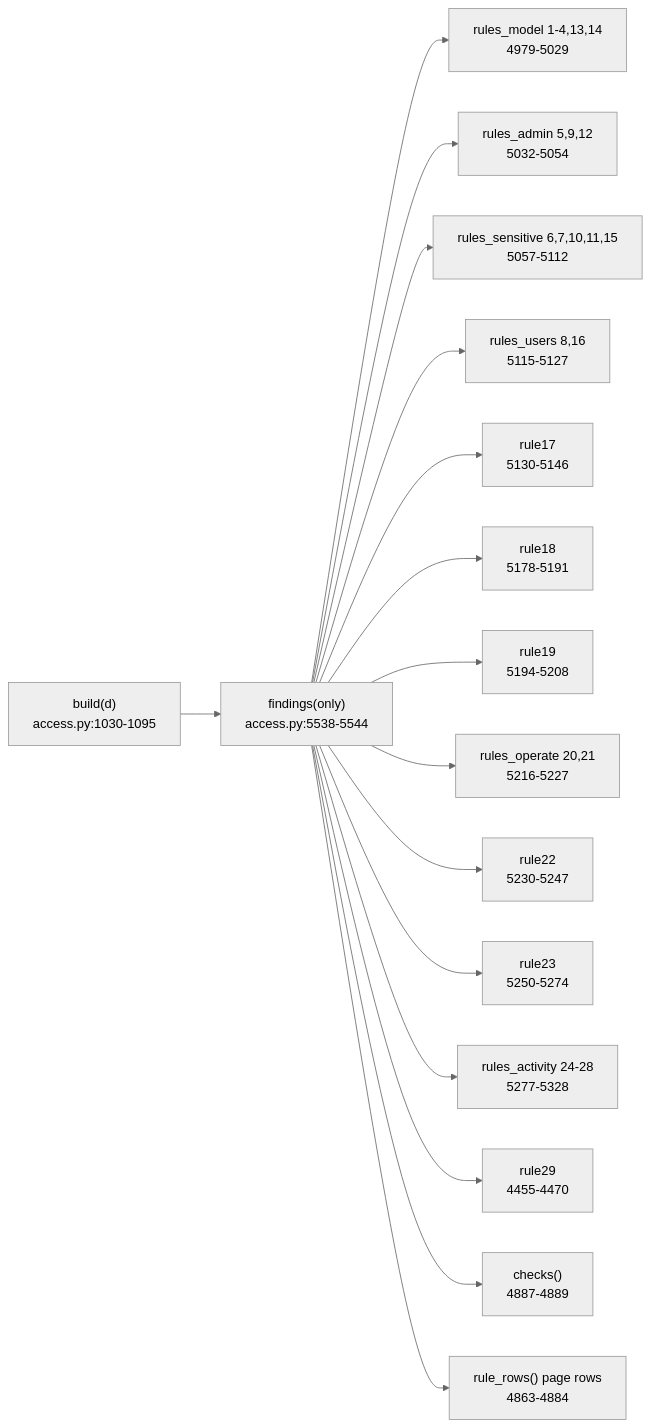
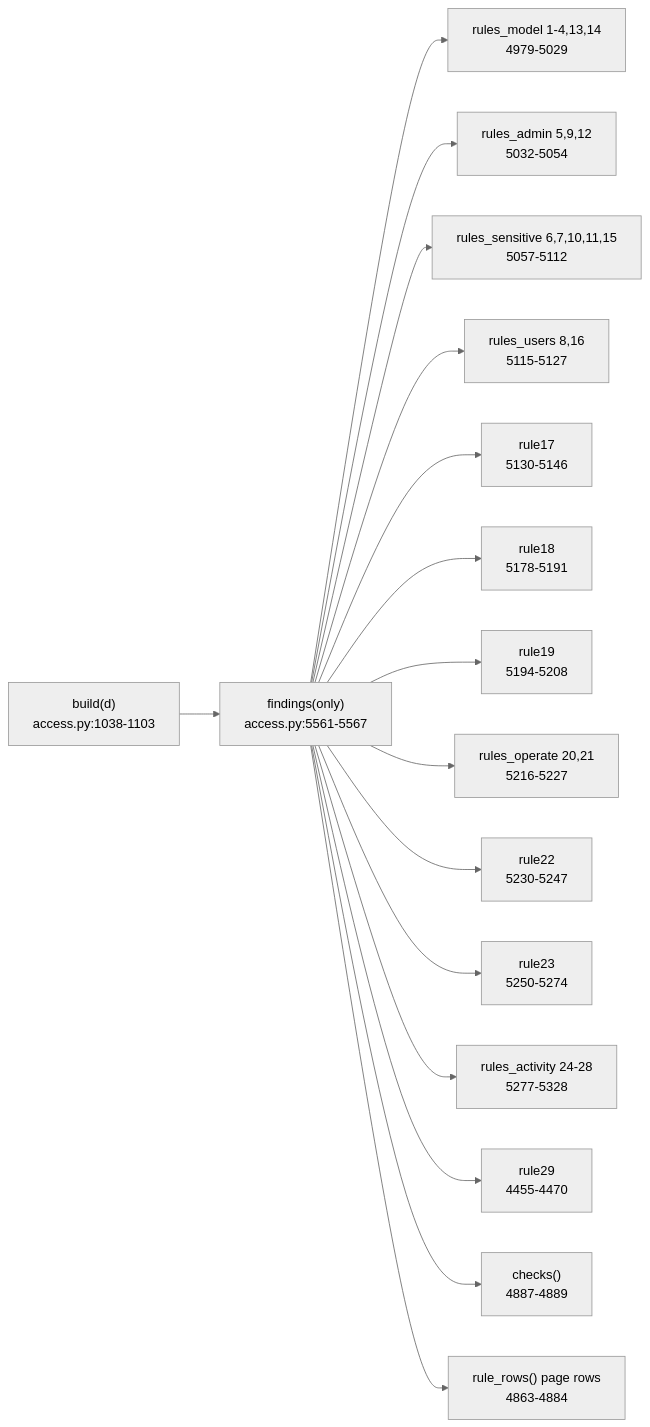
One commit to darshanmeel/snowflake-access-explorer changed the diagram in snowflake-access-explorer-knowledge-graph/logic/rules.md. Above: the diagram before and after it, drawn with Mermaid (neutral theme). The commit also changed other lines of this file and 73 other files, not shown here.

Commit message:
Knowledge graph: review fixes (escaped SQL names, CSV head rows, own queries out in Snowflake, UTC window, snapshot re-read, answer cache, docs)

````diff
--- a/snowflake-access-explorer-knowledge-graph/logic/rules.md
+++ b/snowflake-access-explorer-knowledge-graph/logic/rules.md
@@ -6,18 +6,18 @@
 ```mermaid
 flowchart LR
-  B["build(d)<br/>access.py:1030-1095"] --> F["findings(only)<br/>access.py:5538-5544"]
+  B["build(d)<br/>access.py:1038-1103"] --> F["findings(only)<br/>access.py:5561-5567"]
   F --> M["rules_model 1-4,13,14<br/>4979-5029"]
   F --> A["rules_admin 5,9,12<br/>5032-5054"]
   F --> S["rules_sensitive 6,7,10,11,15<br/>5057-5112"]
   F --> U["rules_users 8,16<br/>5115-5127"]
   F --> R17["rule17<br/>5130-5146"]
   F --> R18["rule18<br/>5178-5191"]
   F --> R19["rule19<br/>5194-5208"]
   F --> O["rules_operate 20,21<br/>5216-5227"]
   F --> R22["rule22<br/>5230-5247"]
   F --> R23["rule23<br/>5250-5274"]
   F --> RA["rules_activity 24-28<br/>5277-5328"]
   F --> R29["rule29<br/>4455-4470"]
   F --> C["checks()<br/>4887-4889"]
   F --> RR["rule_rows() page rows<br/>4863-4884"]
 ```
````
